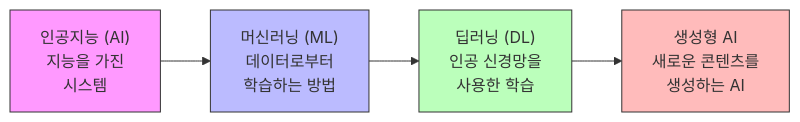
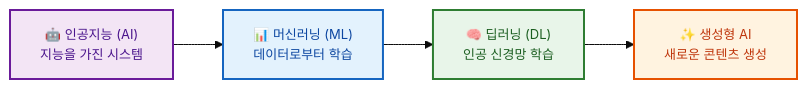
Before and after one commit to jingu279/Document: the third of 19 diagrams in ai-programming/README.md, drawn with Mermaid. The commit also changed other lines of this file, not shown here.

First line of the commit message:
README Mermaid 다이어그램 스타일링 개선

````diff
--- a/ai-programming/README.md
+++ b/ai-programming/README.md
@@ -97,10 +119,19 @@
 ```mermaid
+%%{init: {'theme': 'base', 'themeVariables': {'fontSize': '13px'}}}%%
 flowchart LR
-  AI["인공지능 (AI)<br/>지능을 가진<br/>시스템"] --> ML["머신러닝 (ML)<br/>데이터로부터<br/>학습하는 방법"]
-  ML --> DL["딥러닝 (DL)<br/>인공 신경망을<br/>사용한 학습"]
-  DL --> GenAI["생성형 AI<br/>새로운 콘텐츠를<br/>생성하는 AI"]
-  style AI fill:#f9f,stroke:#333
-  style ML fill:#bbf,stroke:#333
-  style DL fill:#bfb,stroke:#333
-  style GenAI fill:#fbb,stroke:#333
+  AI["🤖 인공지능 (AI)<br/>지능을 가진 시스템"]
+  ML["📊 머신러닝 (ML)<br/>데이터로부터 학습"]
+  DL["🧠 딥러닝 (DL)<br/>인공 신경망 학습"]
+  GenAI["✨ 생성형 AI<br/>새로운 콘텐츠 생성"]
+
+  AI --> ML --> DL --> GenAI
+
+  classDef ai fill:#f3e5f5,stroke:#6a1b9a,stroke-width:2px,color:#4a148c
+  classDef ml fill:#e3f2fd,stroke:#1565c0,stroke-width:2px,color:#0d47a1
+  classDef dl fill:#e8f5e9,stroke:#2e7d32,stroke-width:2px,color:#1b5e20
+  classDef gen fill:#fff3e0,stroke:#e65100,stroke-width:2px,color:#bf360c
+  class AI ai
+  class ML ml
+  class DL dl
+  class GenAI gen
 ```
````
